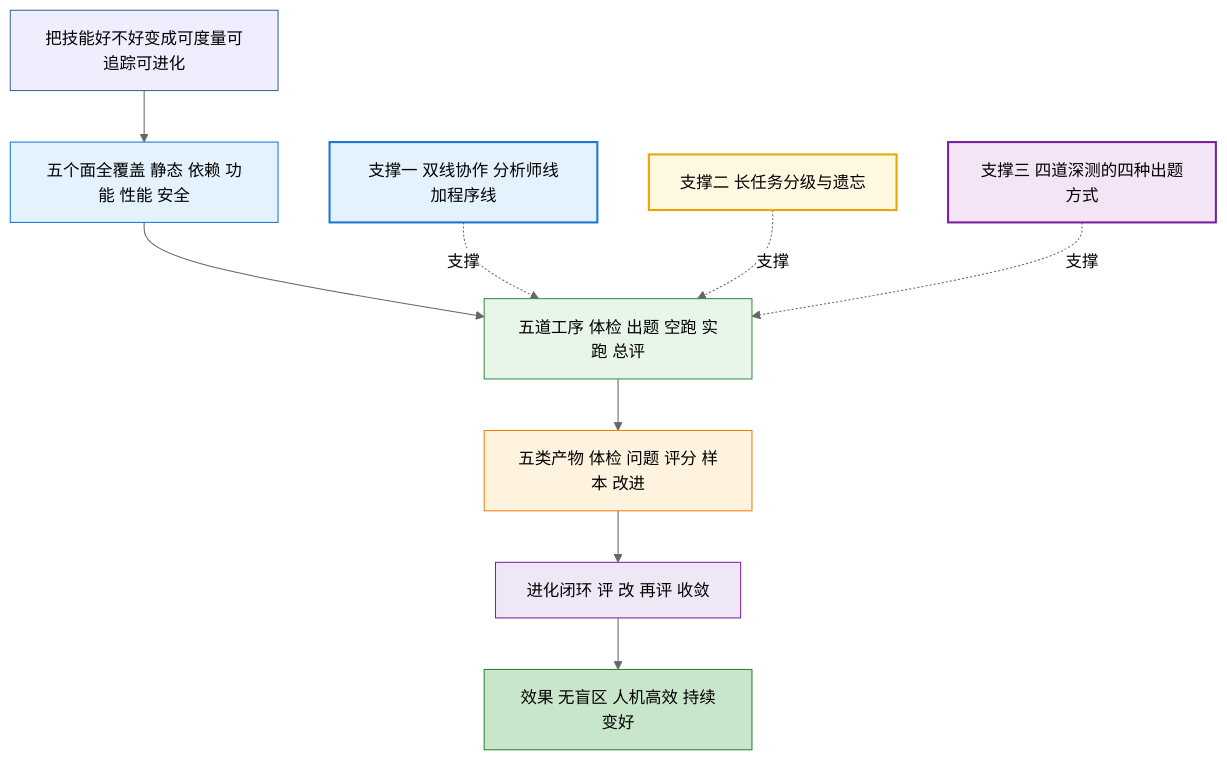
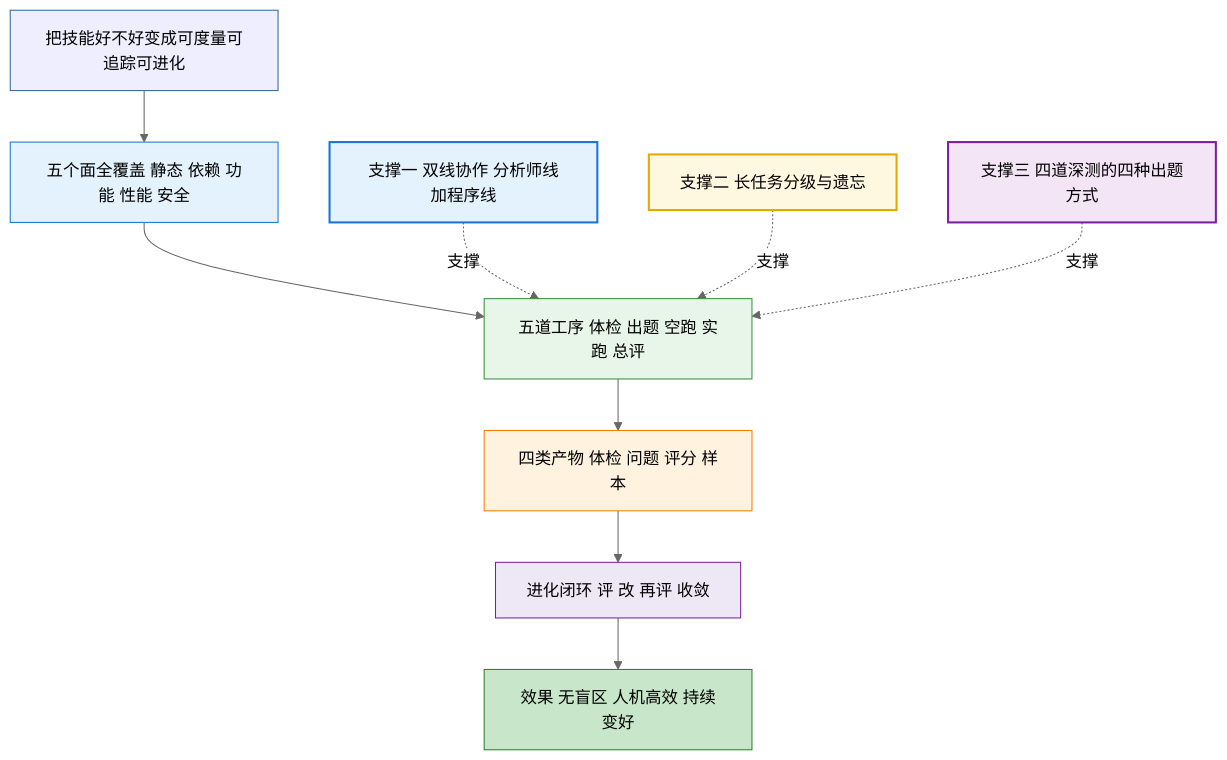
One commit to huanggq26/skill-evaluator changed diagram 14 of 14 in references/skill-evaluation-system.md. Above: the diagram before and after it, drawn with Mermaid (neutral theme). The commit also changed other lines of this file and 2 other files, not shown here.

````diff
--- a/references/skill-evaluation-system.md
+++ b/references/skill-evaluation-system.md
@@ -464,20 +459,20 @@
 ```mermaid
 flowchart TB
     目标[把技能好不好变成可度量可追踪可进化] --> 五面[五个面全覆盖 静态 依赖 功能 性能 安全]
     五面 --> 五工[五道工序 体检 出题 空跑 实跑 总评]
-    五工 --> 五产[五类产物 体检 问题 评分 样本 改进]
+    五工 --> 五产[四类产物 体检 问题 评分 样本]
     五产 --> 闭环[进化闭环 评 改 再评 收敛]
     闭环 --> 价值[效果 无盲区 人机高效 持续变好]
     双线[支撑一 双线协作 分析师线加程序线] -.支撑.-> 五工
     分级[支撑二 长任务分级与遗忘] -.支撑.-> 五工
     原理[支撑三 四道深测的四种出题方式] -.支撑.-> 五工
     style 目标 fill:#eef,stroke:#369
     style 五面 fill:#e3f2fd,stroke:#1976d2
     style 五工 fill:#e8f5e9,stroke:#388e3c
     style 五产 fill:#fff3e0,stroke:#f57c00
     style 闭环 fill:#ede7f6,stroke:#7b1fa2
     style 价值 fill:#c8e6c9,stroke:#2e7d32
     style 双线 fill:#e3f2fd,stroke:#1976d2,stroke-width:2px
     style 分级 fill:#fff8e1,stroke:#e6a700,stroke-width:2px
     style 原理 fill:#f3e5f5,stroke:#7b1fa2,stroke-width:2px
 ```
````
